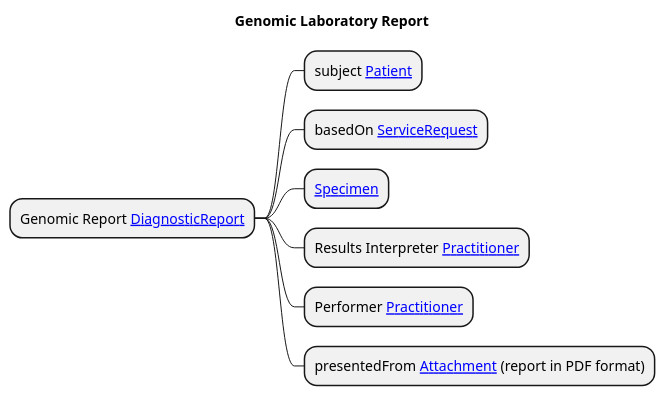
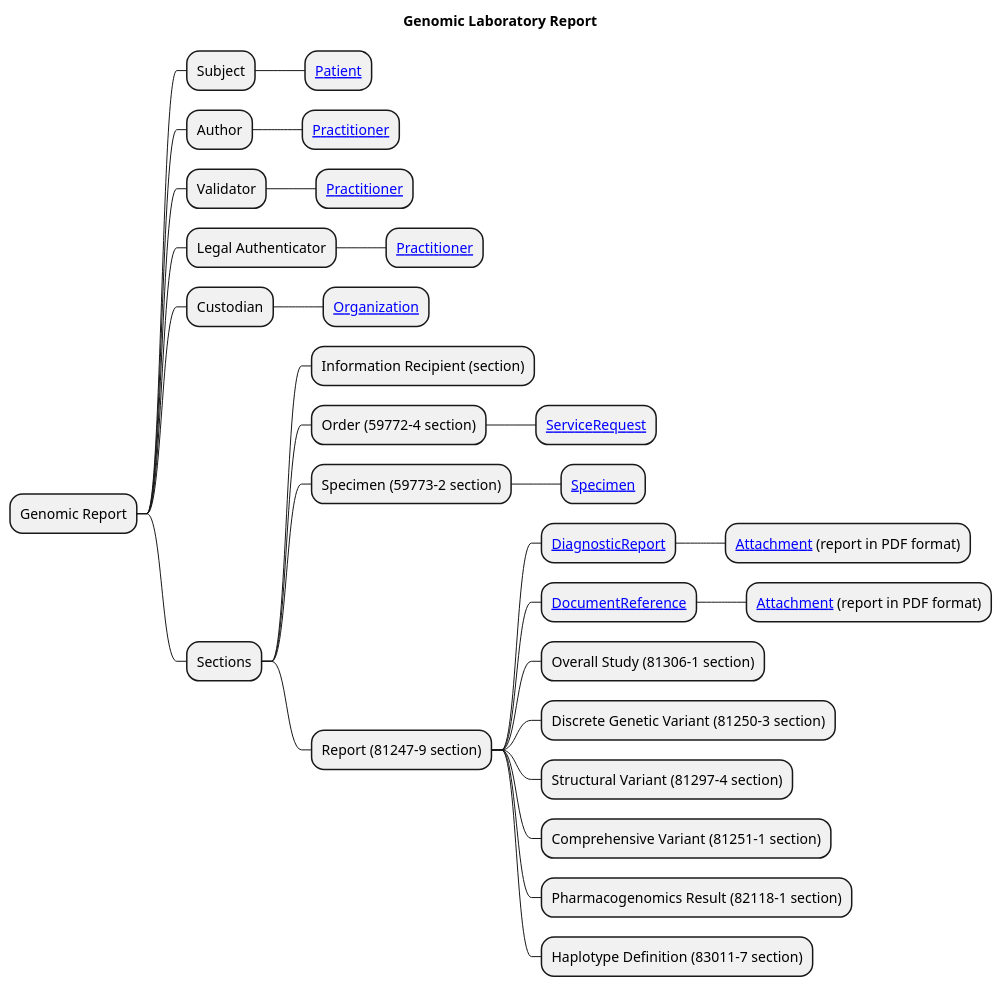
Before and after one commit to nw-gmsa/nw-gmsa.github.com: the diagram in input/images-source/LaboratoryReport-mindmap.plantuml, drawn with PlantUML.

Commit message:
Updated version number

```diff
--- a/input/images-source/LaboratoryReport-mindmap.plantuml
+++ b/input/images-source/LaboratoryReport-mindmap.plantuml
@@ -1,13 +1,35 @@
 @startmindmap
 
 title "Genomic Laboratory Report"
 
-* Genomic Report [[StructureDefinition-DiagnosticReport.html DiagnosticReport]]
-** subject [[StructureDefinition-Patient.html Patient]]
-** basedOn [[StructureDefinition-ServiceRequest.html ServiceRequest]]
-** [[StructureDefinition-Specimen.html Specimen]]
-** Results Interpreter [[StructureDefinition-Practitioner.html Practitioner]]
-** Performer [[StructureDefinition-Practitioner.html Practitioner]]
-** presentedFrom [[StructureDefinition-NWAttachment.html Attachment]] (report in PDF format)
+* Genomic Report
+** Subject
+*** [[StructureDefinition-Patient.html Patient]]
+** Author
+*** [[StructureDefinition-Practitioner.html Practitioner]]
+** Validator
+*** [[StructureDefinition-Practitioner.html Practitioner]]
+** Legal Authenticator
+*** [[StructureDefinition-Practitioner.html Practitioner]]
+** Custodian
+*** [[StructureDefinition-Organization.html Organization]]
+** Sections
+*** Information Recipient (section)
+*** Order (59772-4 section)
+**** [[StructureDefinition-ServiceRequest.html ServiceRequest]]
+*** Specimen (59773-2 section)
+**** [[StructureDefinition-Specimen.html Specimen]]
+*** Report (81247-9 section)
+**** [[StructureDefinition-DiagnosticReport.html DiagnosticReport]]
+***** [[StructureDefinition-NWAttachment.html Attachment]] (report in PDF format)
+**** [[StructureDefinition-DocumentReference.html DocumentReference]]
+***** [[StructureDefinition-NWAttachment.html Attachment]] (report in PDF format)
+**** Overall Study (81306-1 section)
+**** Discrete Genetic Variant (81250-3 section)
+**** Structural Variant (81297-4 section)
+**** Comprehensive Variant (81251-1 section)
+**** Pharmacogenomics Result (82118-1 section)
+**** Haplotype Definition (83011-7 section)
+
 
 @endmindmap
```
